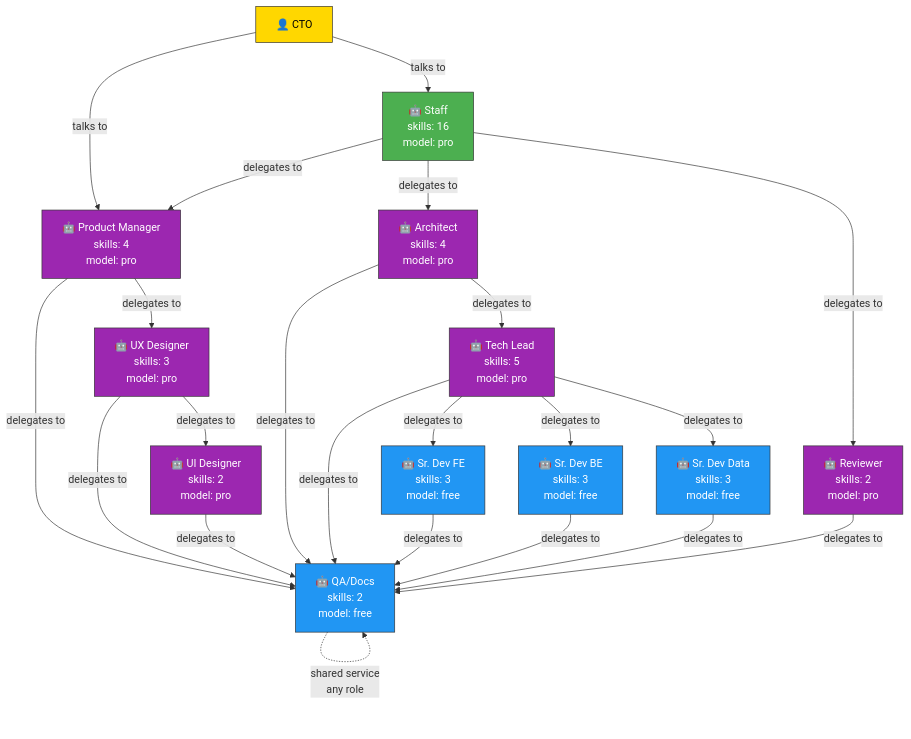
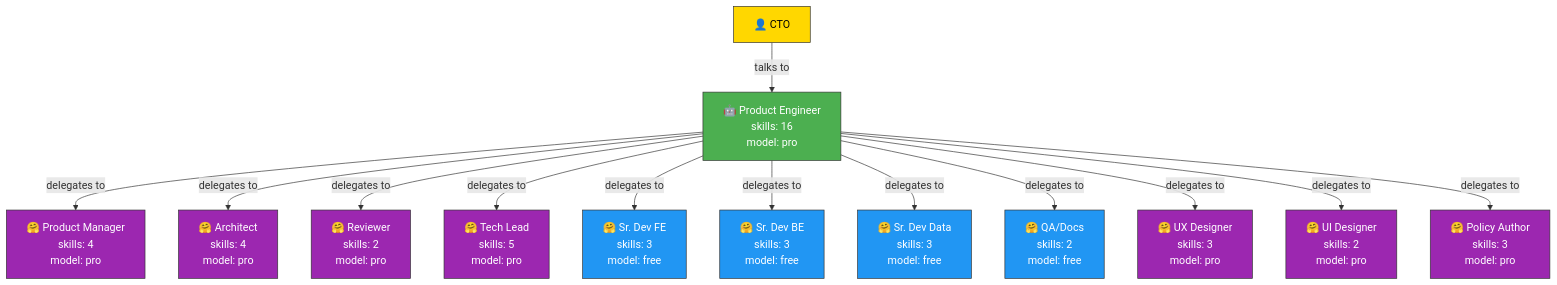
Before and after one commit to antonygiomarxdev/mill: the first of 3 diagrams in .mill/docs/ORG-CHART.md, drawn with Mermaid. The commit also changed other lines of this file, not shown here.

First line of the commit message:
docs(org): redraw as star, replace mill.yml with role frontmatter

````diff
--- a/.mill/docs/ORG-CHART.md
+++ b/.mill/docs/ORG-CHART.md
@@ -5,45 +5,28 @@
 ```mermaid
 graph TD
     CTO[👤 CTO]
-    
-    CTO -->|talks to| STAFF[🤖 Staff<br/>skills: 16<br/>model: pro]
-    CTO -->|talks to| PM[🤖 Product Manager<br/>skills: 4<br/>model: pro]
-    
-    STAFF -->|delegates to| PM
-    STAFF -->|delegates to| ARCH[🤖 Architect<br/>skills: 4<br/>model: pro]
-    STAFF -->|delegates to| REV[🤖 Reviewer<br/>skills: 2<br/>model: pro]
-    
-    PM -->|delegates to| UX[🤖 UX Designer<br/>skills: 3<br/>model: pro]
-    PM -->|delegates to| QA[🤖 QA/Docs<br/>skills: 2<br/>model: free]
-    
-    UX -->|delegates to| UI[🤖 UI Designer<br/>skills: 2<br/>model: pro]
-    UX -->|delegates to| QA
-    
-    UI -->|delegates to| QA
-    
-    ARCH -->|delegates to| TL[🤖 Tech Lead<br/>skills: 5<br/>model: pro]
-    ARCH -->|delegates to| QA
-    
-    TL -->|delegates to| FE[🤖 Sr. Dev FE<br/>skills: 3<br/>model: free]
-    TL -->|delegates to| BE[🤖 Sr. Dev BE<br/>skills: 3<br/>model: free]
-    TL -->|delegates to| DATA[🤖 Sr. Dev Data<br/>skills: 3<br/>model: free]
-    TL -->|delegates to| QA
-    
-    FE -->|delegates to| QA
-    BE -->|delegates to| QA
-    DATA -->|delegates to| QA
-    
-    REV -->|delegates to| QA
-    
-    QA -.->|shared service<br/>any role| QA
-    
+
+    CTO -->|talks to| PE[🤖 Product Engineer<br/>skills: 16<br/>model: pro]
+
+    PE -->|delegates to| PM[🤗 Product Manager<br/>skills: 4<br/>model: pro]
+    PE -->|delegates to| ARCH[🤗 Architect<br/>skills: 4<br/>model: pro]
+    PE -->|delegates to| REV[🤗 Reviewer<br/>skills: 2<br/>model: pro]
+    PE -->|delegates to| TL[🤗 Tech Lead<br/>skills: 5<br/>model: pro]
+    PE -->|delegates to| FE[🤗 Sr. Dev FE<br/>skills: 3<br/>model: free]
+    PE -->|delegates to| BE[🤗 Sr. Dev BE<br/>skills: 3<br/>model: free]
+    PE -->|delegates to| DATA[🤗 Sr. Dev Data<br/>skills: 3<br/>model: free]
+    PE -->|delegates to| QA[🤗 QA/Docs<br/>skills: 2<br/>model: free]
+    PE -->|delegates to| UX[🤗 UX Designer<br/>skills: 3<br/>model: pro]
+    PE -->|delegates to| UI[🤗 UI Designer<br/>skills: 2<br/>model: pro]
+    PE -->|delegates to| PA[🤗 Policy Author<br/>skills: 3<br/>model: pro]
+
     classDef human fill:#FFD700,stroke:#333,color:#000
     classDef active fill:#4CAF50,stroke:#333,color:#fff
     classDef pro fill:#9C27B0,stroke:#333,color:#fff
     classDef free fill:#2196F3,stroke:#333,color:#fff
-    
+
     class CTO human
-    class STAFF,PM active
-    class PM,ARCH,TL,REV,UX,UI pro
+    class PE,PM active
+    class PM,ARCH,TL,REV,UX,UI,PA pro
     class FE,BE,DATA,QA free
 ```
````
